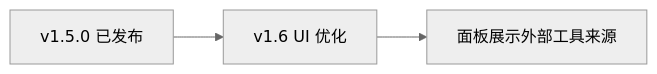
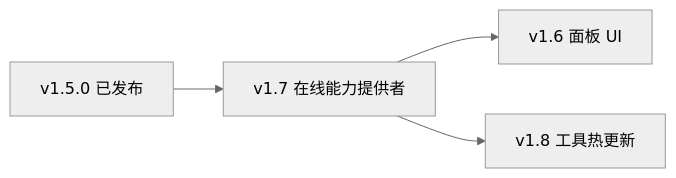
Before and after one commit to x1phyr/cocos-mcp-server: the diagram in DEV.md, drawn with Mermaid (neutral theme). The commit also changed other lines of this file and 124 other files, not shown here.

First line of the commit message:
Release v1.7.2: Capability Bridge architecture and hardening.

````diff
--- a/DEV.md
+++ b/DEV.md
@@ -253,5 +384,6 @@
 ```mermaid
 flowchart LR
-  A[v1.5.0 已发布] --> B[v1.6 UI 优化]
-  B --> C[面板展示外部工具来源]
+  A[v1.5.0 已发布] --> B[v1.7 在线能力提供者]
+  B --> C[v1.6 面板 UI]
+  B --> D[v1.8 工具热更新]
 ```
````
